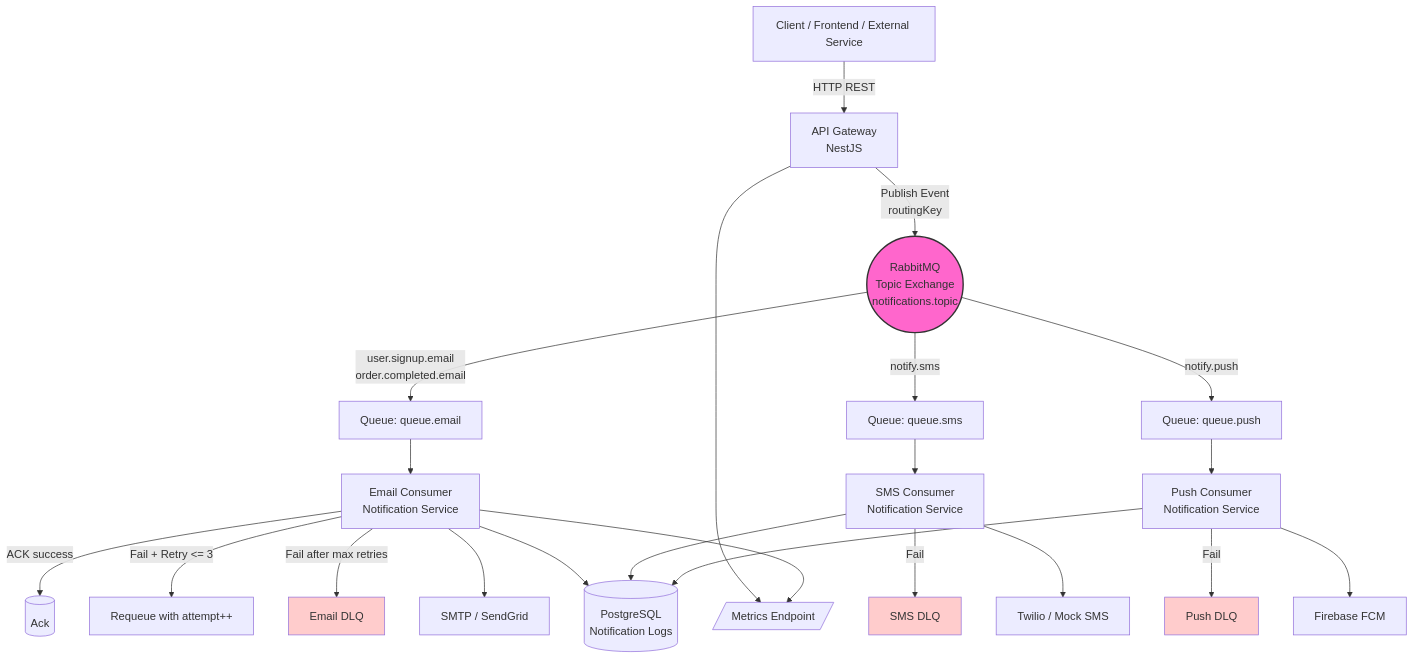
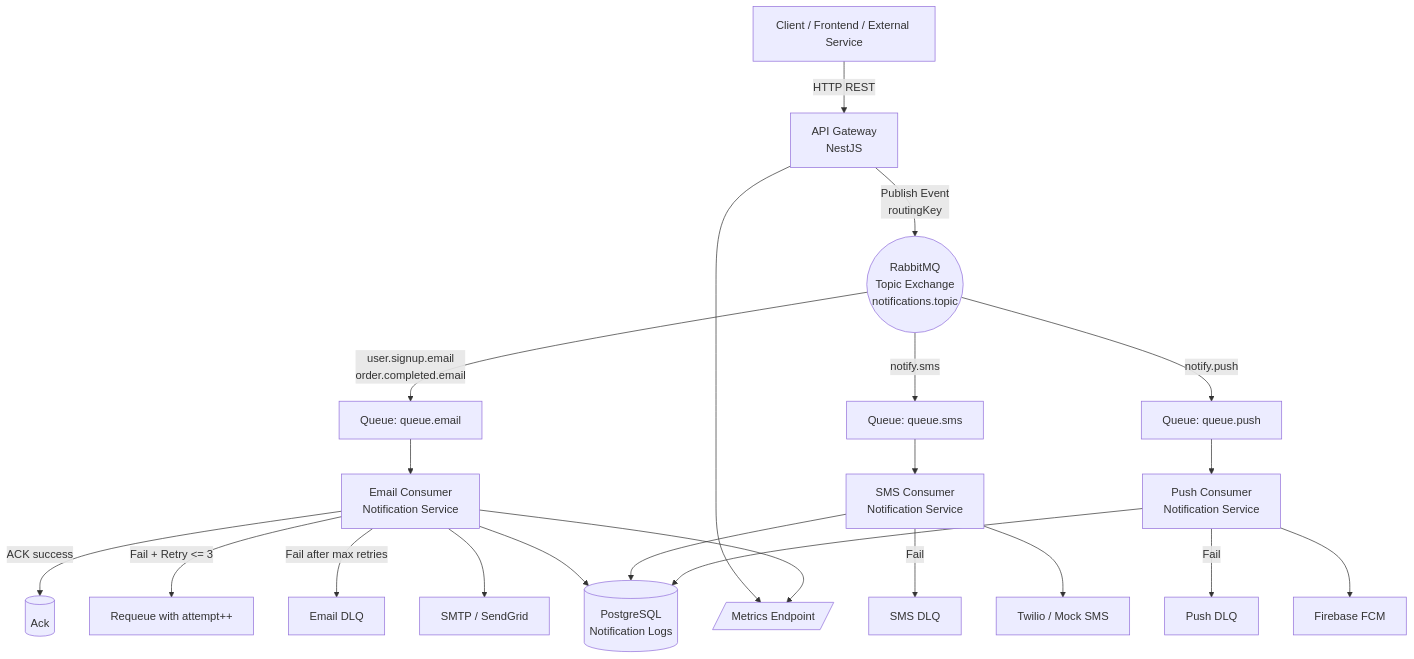
One commit to KPorus/RabbitMq changed the diagram in README.md. Above: the diagram before and after it, drawn with Mermaid.

Commit message:
Remove styling details from README
Removed styling section from README.

````diff
--- a/README.md
+++ b/README.md
@@ -52,49 +52,43 @@
 ```mermaid
 flowchart TB
     %% Clients
     C[Client / Frontend / External Service]
 
     %% API Gateway
     C -->|HTTP REST| API[API Gateway<br/>NestJS]
 
     %% Exchange
     API -->|Publish Event<br/>routingKey| EX((RabbitMQ<br/>Topic Exchange<br/>notifications.topic))
 
     %% Routing
     EX -->|user.signup.email<br/>order.completed.email| QEMAIL[Queue: queue.email]
     EX -->|notify.sms| QSMS[Queue: queue.sms]
     EX -->|notify.push| QPUSH[Queue: queue.push]
 
     %% Consumers
     QEMAIL --> EMAIL[Email Consumer<br/>Notification Service]
     QSMS --> SMS[SMS Consumer<br/>Notification Service]
     QPUSH --> PUSH[Push Consumer<br/>Notification Service]
 
     %% Retry Logic
     EMAIL -->|ACK success| ACK1[(Ack)]
     EMAIL -->|Fail + Retry <= 3| RETRY1[Requeue with attempt++]
     EMAIL -->|Fail after max retries| DLQEMAIL[Email DLQ]
 
     SMS -->|Fail| DLQSMS[SMS DLQ]
     PUSH -->|Fail| DLQPUSH[Push DLQ]
 
     %% External Providers
     EMAIL --> SMTP[SMTP / SendGrid]
     SMS --> TWILIO[Twilio / Mock SMS]
     PUSH --> FCM[Firebase FCM]
 
     %% Database
     EMAIL --> DB[(PostgreSQL<br/>Notification Logs)]
     SMS --> DB
     PUSH --> DB
 
     %% Monitoring
     API --> METRICS[/Metrics Endpoint/]
     EMAIL --> METRICS
-
-    %% Styling
-    style EX fill:#f6c,stroke:#333,stroke-width:2px
-    style DLQEMAIL fill:#ffcccc
-    style DLQSMS fill:#ffcccc
-    style DLQPUSH fill:#ffcccc
 ```
````
